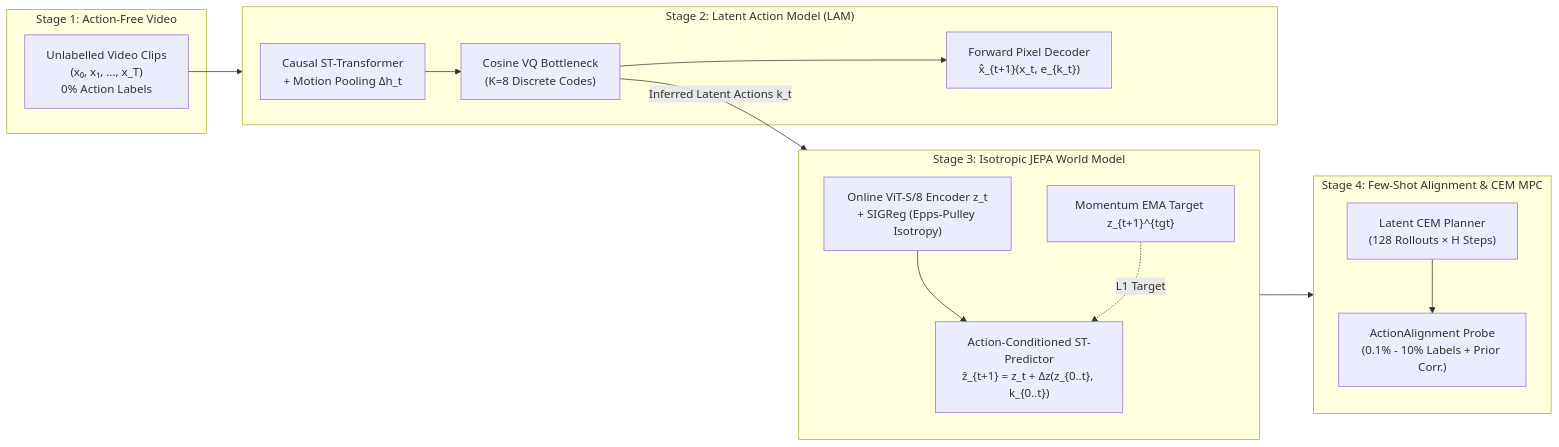
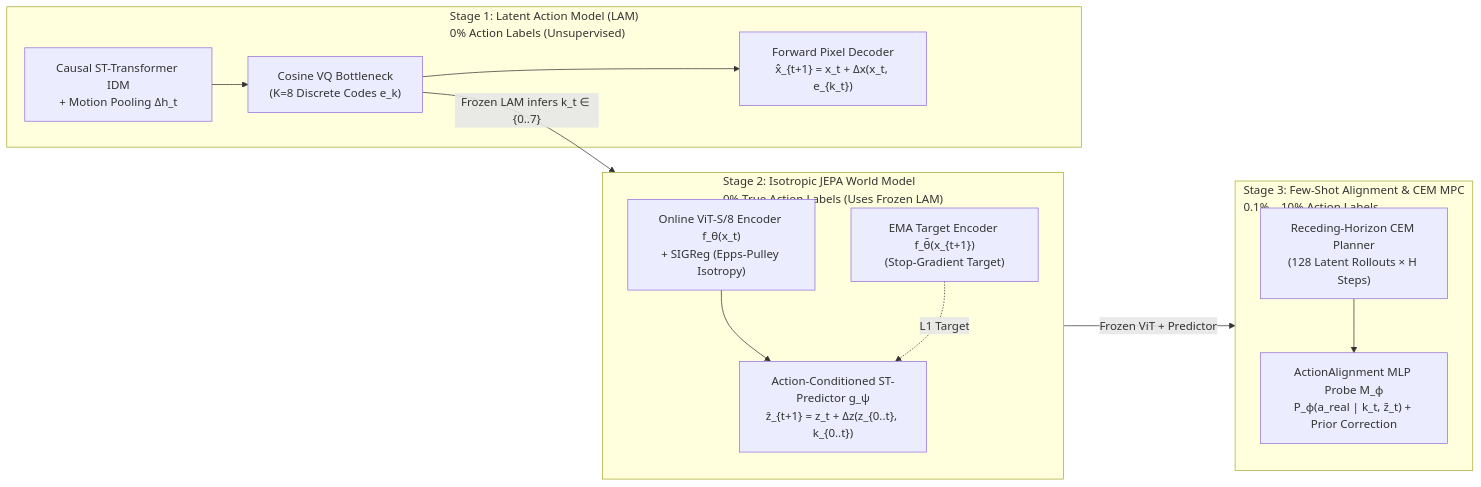
Before and after one commit to rivas-vega/latent-play: the diagram in README.md, drawn with Mermaid. The commit also changed other lines of this file and 2 other files, not shown here.

````diff
--- a/README.md
+++ b/README.md
@@ -27,27 +42,23 @@
 ```mermaid
 flowchart LR
-    subgraph S1["Stage 1: Action-Free Video"]
-        V["Unlabelled Video Clips\n(x₀, x₁, ..., x_T)\n0% Action Labels"]
-    end
-    subgraph S2["Stage 2: Latent Action Model (LAM)"]
-        IDM["Causal ST-Transformer\n+ Motion Pooling Δh_t"]
-        VQ["Cosine VQ Bottleneck\n(K=8 Discrete Codes)"]
-        FDM["Forward Pixel Decoder\nx̂_{t+1}(x_t, e_{k_t})"]
+    subgraph S1["Stage 1: Latent Action Model (LAM)\n0% Action Labels (Unsupervised)"]
+        IDM["Causal ST-Transformer IDM\n+ Motion Pooling Δh_t"]
+        VQ["Cosine VQ Bottleneck\n(K=8 Discrete Codes e_k)"]
+        FDM["Forward Pixel Decoder\nx̂_{t+1} = x_t + Δx(x_t, e_{k_t})"]
         IDM --> VQ --> FDM
     end
-    subgraph S3["Stage 3: Isotropic JEPA World Model"]
-        ENC["Online ViT-S/8 Encoder z_t\n+ SIGReg (Epps-Pulley Isotropy)"]
-        PRED["Action-Conditioned ST-Predictor\nẑ_{t+1} = z_t + Δz(z_{0..t}, k_{0..t})"]
-        EMA["Momentum EMA Target z_{t+1}^{tgt}"]
+    subgraph S2["Stage 2: Isotropic JEPA World Model\n0% True Action Labels (Uses Frozen LAM)"]
+        ENC["Online ViT-S/8 Encoder f_θ(x_t)\n+ SIGReg (Epps-Pulley Isotropy)"]
+        PRED["Action-Conditioned ST-Predictor g_ψ\nẑ_{t+1} = z_t + Δz(z_{0..t}, k_{0..t})"]
+        EMA["EMA Target Encoder f_θ̄(x_{t+1})\n(Stop-Gradient Target)"]
         ENC --> PRED
         EMA -. "L1 Target" .-> PRED
     end
-    subgraph S4["Stage 4: Few-Shot Alignment & CEM MPC"]
-        AL["ActionAlignment Probe\n(0.1% - 10% Labels + Prior Corr.)"]
-        CEM["Latent CEM Planner\n(128 Rollouts × H Steps)"]
+    subgraph S3["Stage 3: Few-Shot Alignment & CEM MPC\n0.1% – 10% Action Labels"]
+        AL["ActionAlignment MLP Probe M_ϕ\nP_ϕ(a_real | k_t, z̄_t) + Prior Correction"]
+        CEM["Receding-Horizon CEM Planner\n(128 Latent Rollouts × H Steps)"]
         CEM --> AL
     end
-    V --> S2
-    VQ -- "Inferred Latent Actions k_t" --> S3
-    S3 --> S4
+    VQ -- "Frozen LAM infers k_t ∈ {0..7}" --> S2
+    S2 -- "Frozen ViT + Predictor" --> S3
 ```
````
